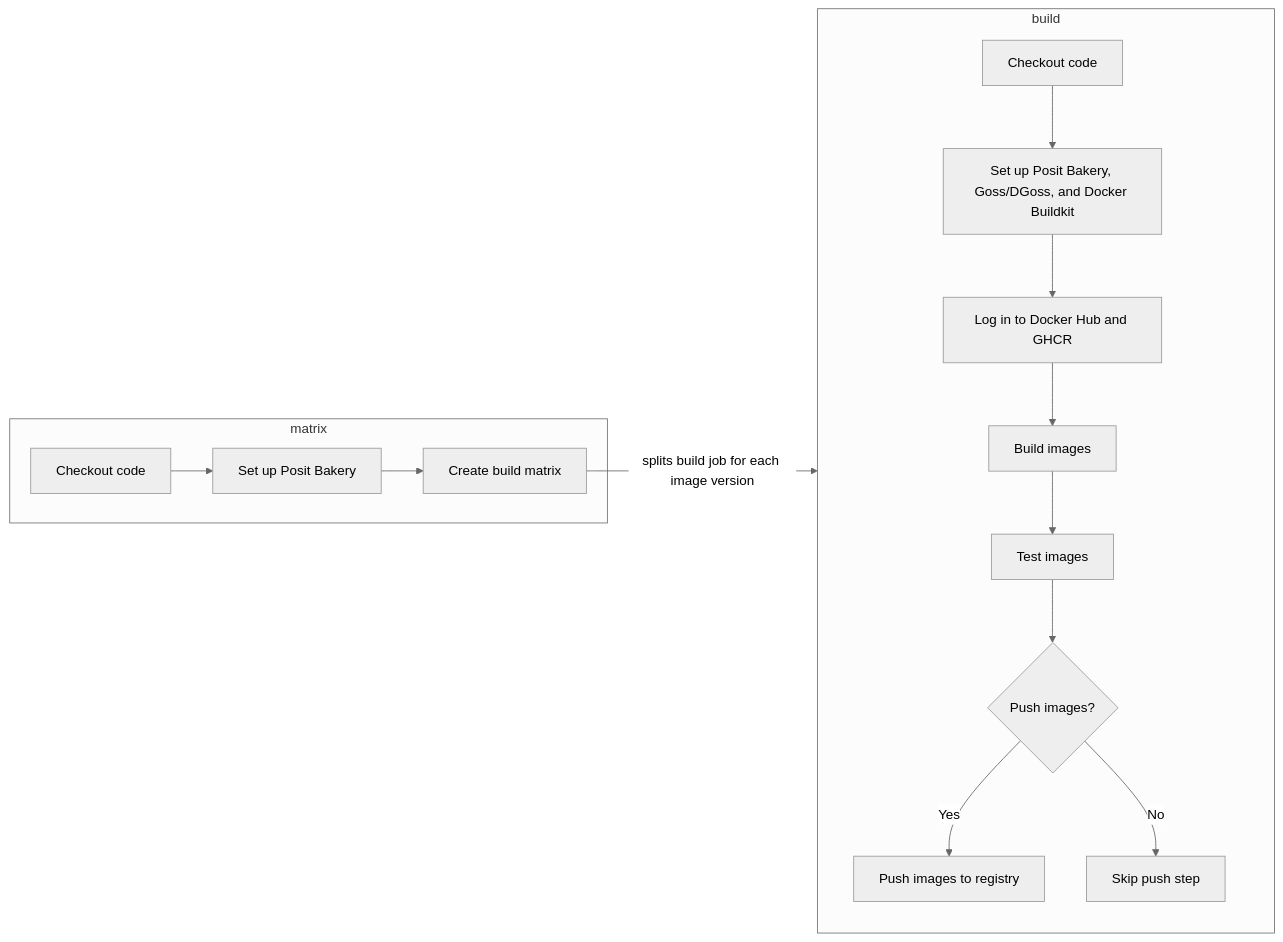
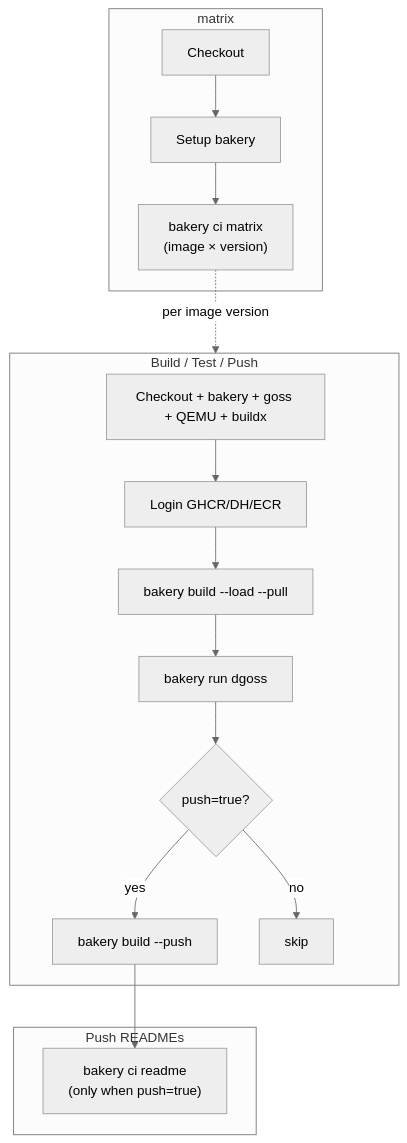
Before and after one commit to posit-dev/images-shared: the second of 2 diagrams in CI.md, drawn with Mermaid (neutral theme). The commit also changed other lines of this file, not shown here.

````diff
--- a/CI.md
+++ b/CI.md
@@ -128,17 +196,20 @@
 ```mermaid
-flowchart LR
+flowchart TD
     subgraph matrix
-        checkout[Checkout code] --> setup[Set up Posit Bakery]
-        setup --> create_matrix[Create build matrix]
+        m_checkout[Checkout] --> m_bakery[Setup bakery]
+        m_bakery --> m_matrix["bakery ci matrix<br/>(image × version)"]
     end
-    subgraph build
-        checkout2[Checkout code] --> setup2[Set up Posit Bakery, Goss/DGoss, and Docker Buildkit]
-        setup2 --> login[Log in to Docker Hub and GHCR]
-        login --> bakery_build[Build images]
-        bakery_build --> test[Test images]
-        test --> push_decision{Push images?}
-        push_decision -- Yes --> push[Push images to registry]
-        push_decision -- No --> skip[Skip push step]
+    subgraph build[Build / Test / Push]
+        b_setup[Checkout + bakery + goss + QEMU + buildx] --> b_login[Login GHCR/DH/ECR]
+        b_login --> b_build["bakery build --load --pull"]
+        b_build --> b_test["bakery run dgoss"]
+        b_test --> b_push{"push=true?"}
+        b_push -- yes --> b_pushrun["bakery build --push"]
+        b_push -- no --> b_skip[skip]
     end
-    create_matrix -->|"splits build job for each image version"| build
+    subgraph readme[Push READMEs]
+        r_run["bakery ci readme<br/>(only when push=true)"]
+    end
+    m_matrix -.->|"per image version"| build
+    b_pushrun --> r_run
 ```
````
